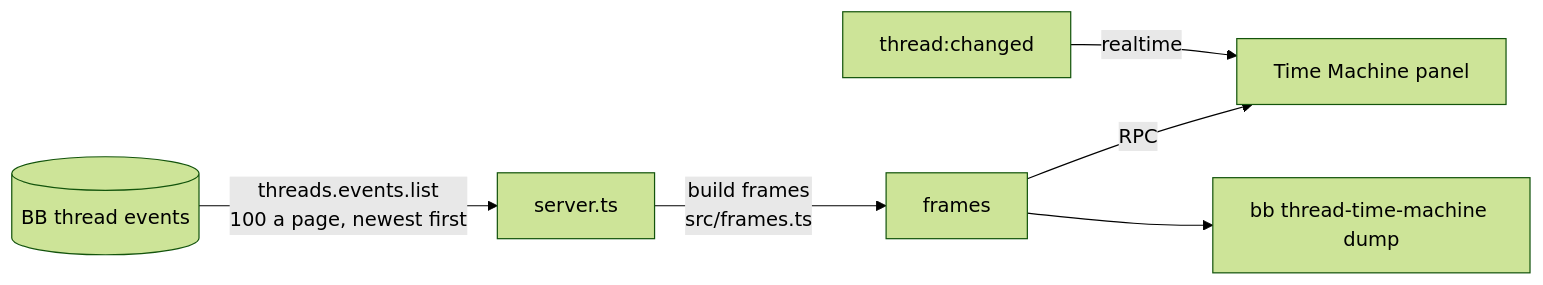
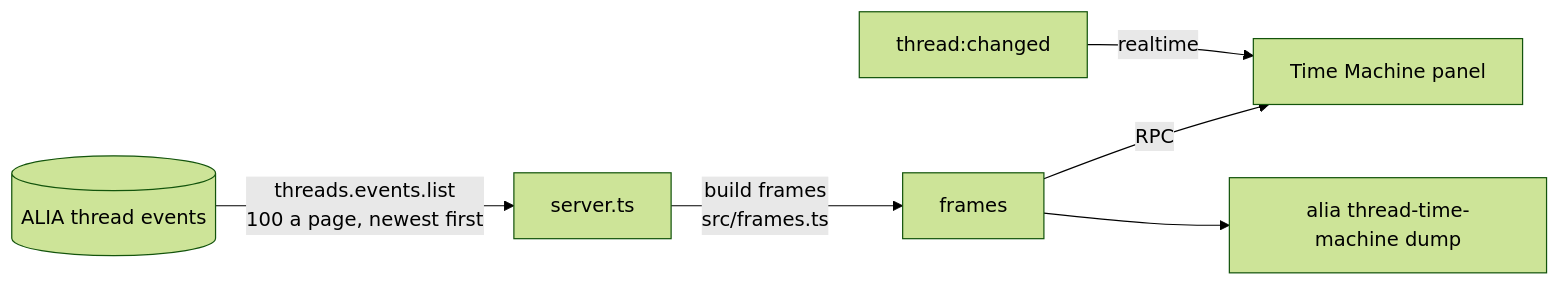
Before and after one commit to Vesnalia/vesnalia-plugins: the diagram in plugins/thread-time-machine/README.md, drawn with Mermaid (forest theme). The commit also changed other lines of this file and 13306 other files, not shown here.

````diff
--- a/plugins/thread-time-machine/README.md
+++ b/plugins/thread-time-machine/README.md
@@ -134,8 +134,8 @@
 ```mermaid
 flowchart LR
-  E[(BB thread events)] -->|threads.events.list<br>100 a page, newest first| S[server.ts]
+  E[(ALIA thread events)] -->|threads.events.list<br>100 a page, newest first| S[server.ts]
   S -->|build frames<br>src/frames.ts| F[frames]
   F -->|RPC| P[Time Machine panel]
-  F --> C[bb thread-time-machine dump]
+  F --> C[alia thread-time-machine dump]
   T[thread:changed] -->|realtime| P
 ```
````
